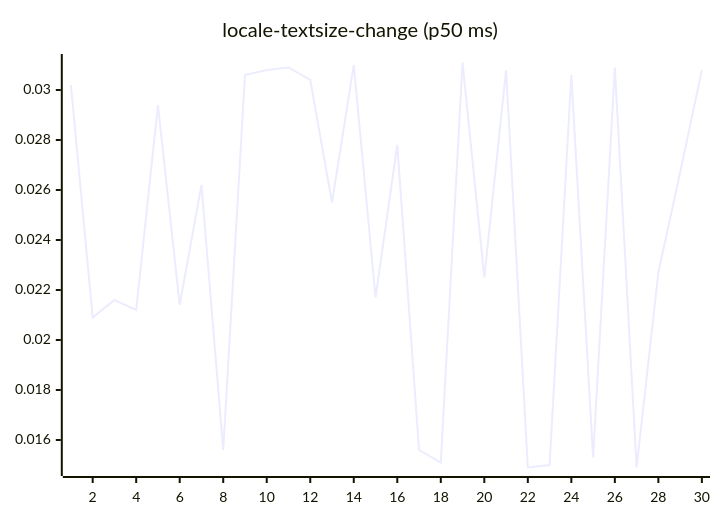
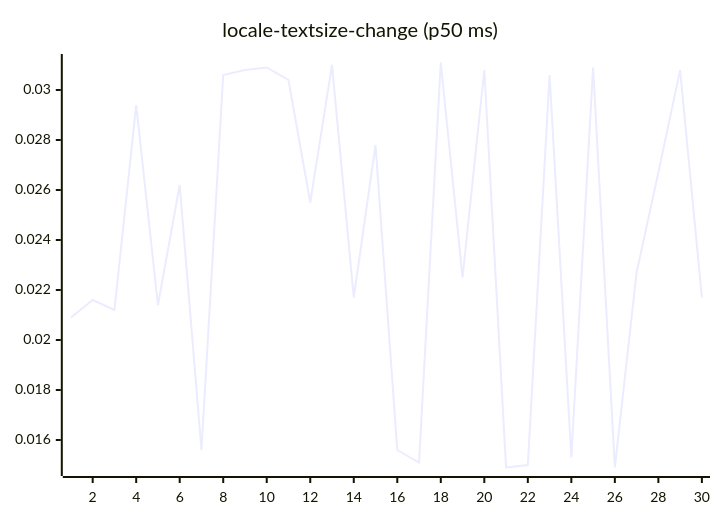
One commit to josha/Facet changed diagram 13 of 27 in README.md. Above: the diagram before and after it, drawn with Mermaid. The commit also changed other lines of this file and 2 other files, not shown here.

````diff
--- a/README.md
+++ b/README.md
@@ -147,6 +147,6 @@
 ```mermaid
 xychart-beta
     title "locale-textsize-change (p50 ms)"
     x-axis 1 --> 30
-    line [0.0302, 0.0209, 0.0216, 0.0212, 0.0294, 0.0214, 0.0262, 0.0156, 0.0306, 0.0308, 0.0309, 0.0304, 0.0255, 0.0310, 0.0217, 0.0278, 0.0156, 0.0151, 0.0311, 0.0225, 0.0308, 0.0149, 0.0150, 0.0306, 0.0153, 0.0309, 0.0149, 0.0227, 0.0267, 0.0308]
+    line [0.0209, 0.0216, 0.0212, 0.0294, 0.0214, 0.0262, 0.0156, 0.0306, 0.0308, 0.0309, 0.0304, 0.0255, 0.0310, 0.0217, 0.0278, 0.0156, 0.0151, 0.0311, 0.0225, 0.0308, 0.0149, 0.0150, 0.0306, 0.0153, 0.0309, 0.0149, 0.0227, 0.0267, 0.0308, 0.0217]
 ```
````
